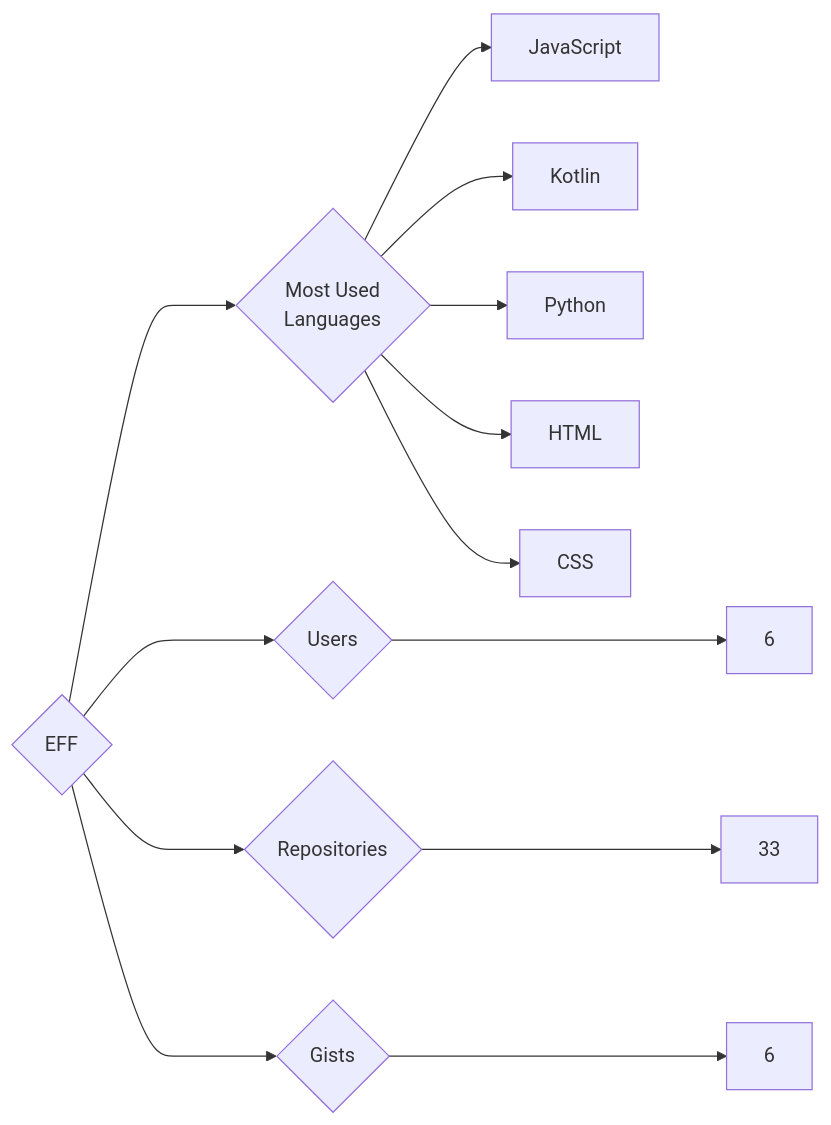
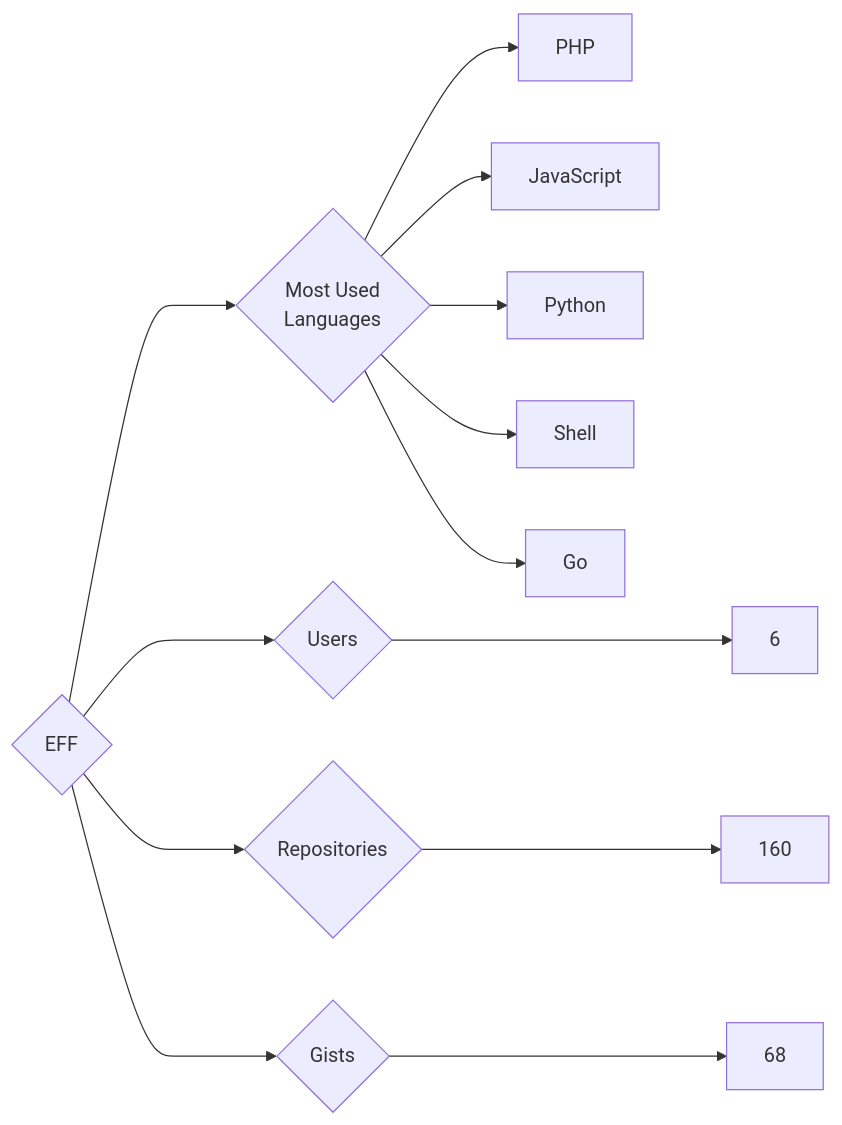
Before and after one commit to trickest/insiders: the diagram in targets/EFF/README.md, drawn with Mermaid. The commit also changed 1089 other files, not shown here.

````diff
--- a/targets/EFF/README.md
+++ b/targets/EFF/README.md
@@ -3,13 +3,13 @@
 ```mermaid
 graph LR
 COMPANY_NAME{EFF}
 COMPANY_NAME ---> U{Users} ---> UN[6]
-COMPANY_NAME ---> R{Repositories} ---> RN[33]
-COMPANY_NAME ---> G{Gists} ---> GN[6]
+COMPANY_NAME ---> R{Repositories} ---> RN[160]
+COMPANY_NAME ---> G{Gists} ---> GN[68]
 COMPANY_NAME ---> ML{Most Used<br>Languages}
+ML --> PHP[PHP]
 ML --> JavaScript[JavaScript]
-ML --> Kotlin[Kotlin]
 ML --> Python[Python]
-ML --> HTML[HTML]
-ML --> CSS[CSS]
+ML --> Shell[Shell]
+ML --> Go[Go]
 ```
````
